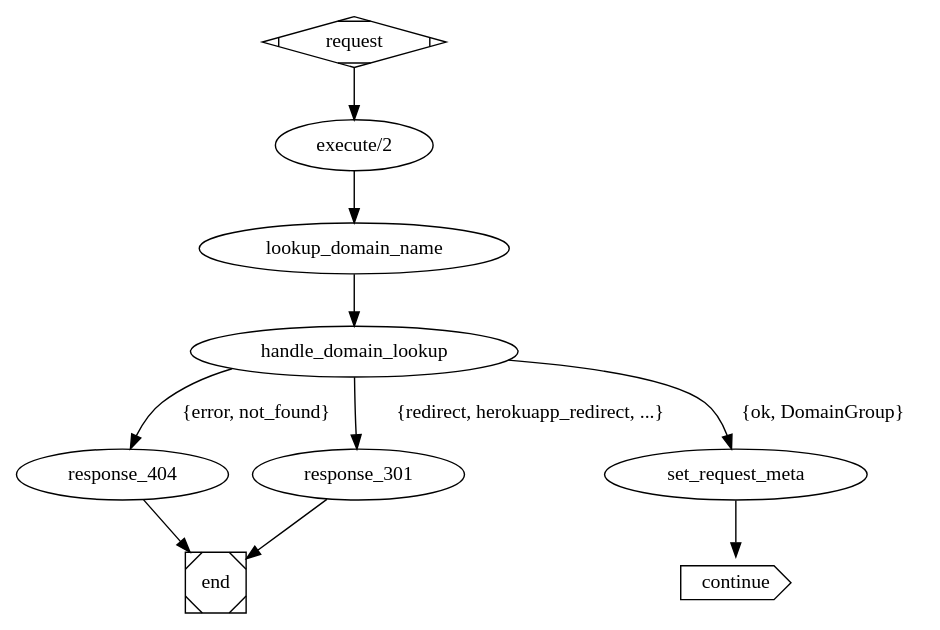
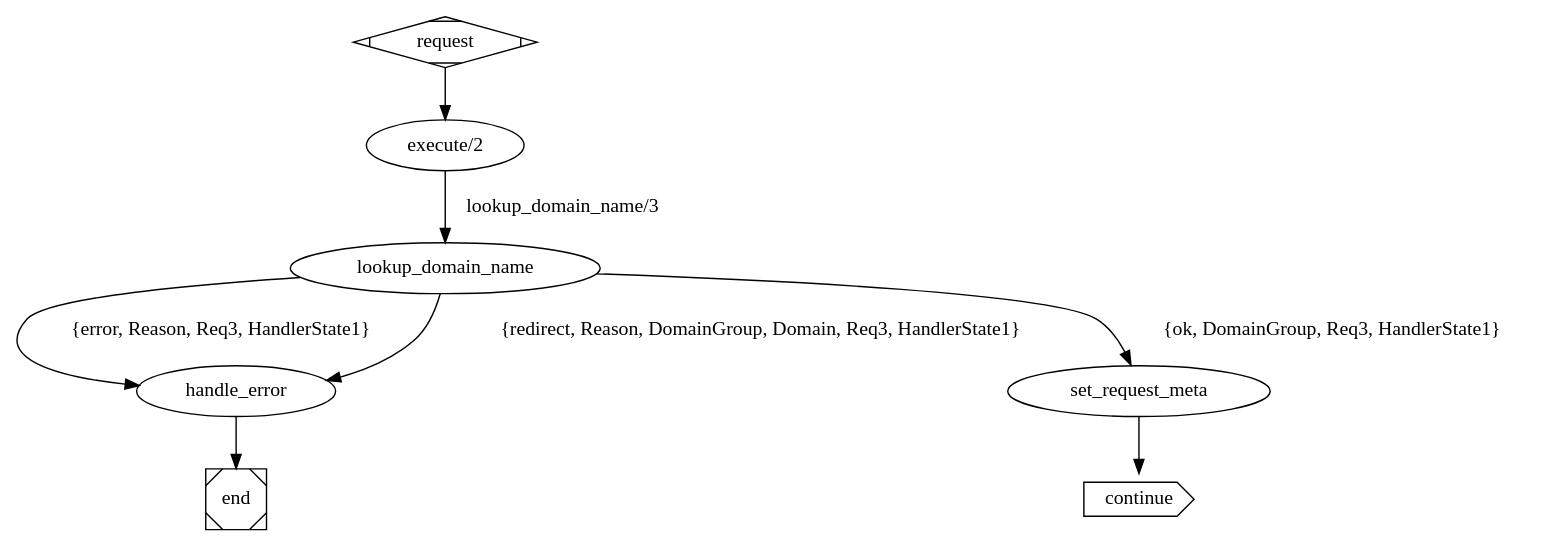
The diagram in doc/vegur_lookup_domain_middleware.dot (heroku/vegur), drawn with Graphviz before and after one commit.

Commit message:
Update vegur_lookup_domain_middleware to reflect changes.

```diff
--- a/doc/vegur_lookup_domain_middleware.dot
+++ b/doc/vegur_lookup_domain_middleware.dot
@@ -1,15 +1,13 @@
 digraph vegur_lookup_domain_middleware {
         request [shape=Mdiamond];
         execute [label="execute/2"]
         request -> execute;
-        execute -> lookup_domain_name;
-        lookup_domain_name -> handle_domain_lookup;
-        handle_domain_lookup -> response_404 [label="{error, not_found}"];
-        handle_domain_lookup -> response_301 [label="{redirect, herokuapp_redirect, ...}"];
-        handle_domain_lookup -> set_request_meta [label="{ok, DomainGroup}"];
+        execute -> lookup_domain_name [label="lookup_domain_name/3"];
+        lookup_domain_name -> handle_error [label="{error, Reason, Req3, HandlerState1}"];
+        lookup_domain_name -> handle_error [label="{redirect, Reason, DomainGroup, Domain, Req3, HandlerState1}"];
+        lookup_domain_name -> set_request_meta [label="{ok, DomainGroup, Req3, HandlerState1}"];
         set_request_meta -> continue;
+        handle_error -> end;
         continue [shape=cds];
-        response_404 -> end;
-        response_301 -> end;
         end [shape=Msquare];
 }
```
